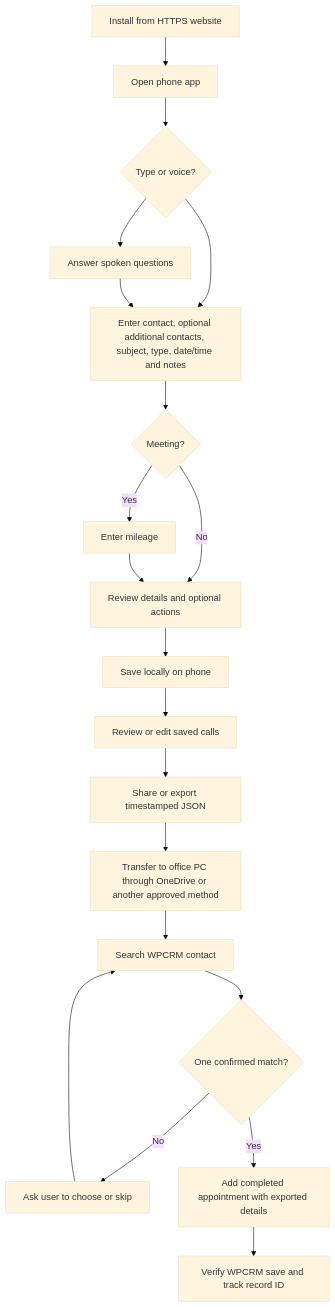
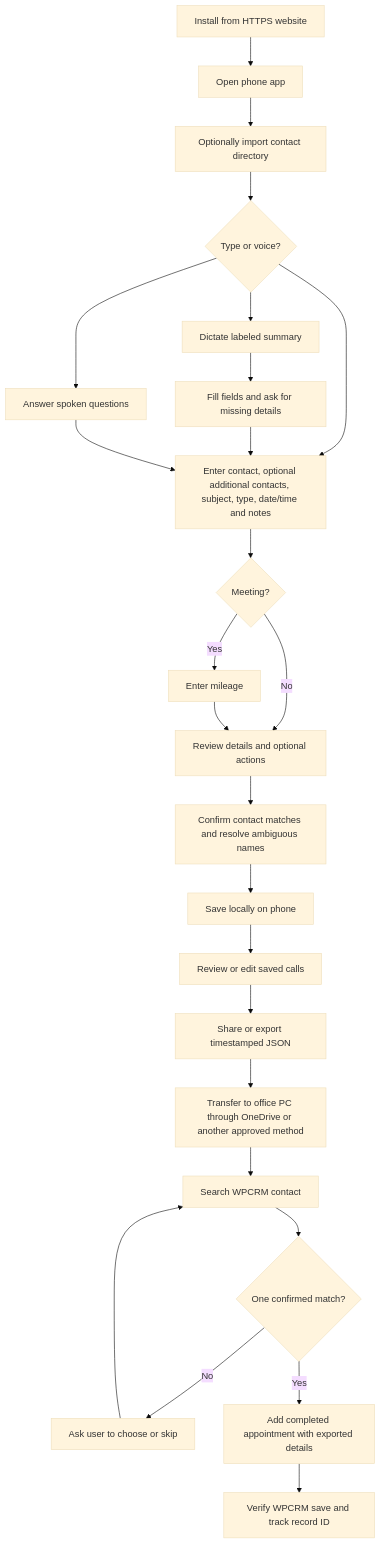
Before and after one commit to thebaumeister-rgb/wpcrm-call-logger: the diagram in FLOWCHART.md, drawn with Mermaid (base theme). The commit also changed 10 other files, not shown here.

Commit message:
Add optional contact directory and summary dictation with follow-up prompts

````diff
--- a/FLOWCHART.md
+++ b/FLOWCHART.md
@@ -3,22 +3,27 @@
 ```mermaid
 flowchart TD
     A[Install from HTTPS website] --> B[Open phone app]
-    B --> C{Type or voice?}
+    B --> R[Optionally import contact directory]
+    R --> C{Type or voice?}
     C --> D[Enter contact, optional additional contacts, subject, type, date/time and notes]
     C --> E[Answer spoken questions]
+    C --> S[Dictate labeled summary]
+    S --> T[Fill fields and ask for missing details]
+    T --> D
     E --> D
     D --> F{Meeting?}
     F -- Yes --> G[Enter mileage]
     F -- No --> H[Review details and optional actions]
     G --> H
-    H --> I[Save locally on phone]
+    H --> U[Confirm contact matches and resolve ambiguous names]
+    U --> I[Save locally on phone]
     I --> J[Review or edit saved calls]
     J --> K[Share or export timestamped JSON]
     K --> L[Transfer to office PC through OneDrive or another approved method]
     L --> M[Search WPCRM contact]
     M --> N{One confirmed match?}
     N -- No --> O[Ask user to choose or skip]
     O --> M
     N -- Yes --> P[Add completed appointment with exported details]
     P --> Q[Verify WPCRM save and track record ID]
 ```
````
